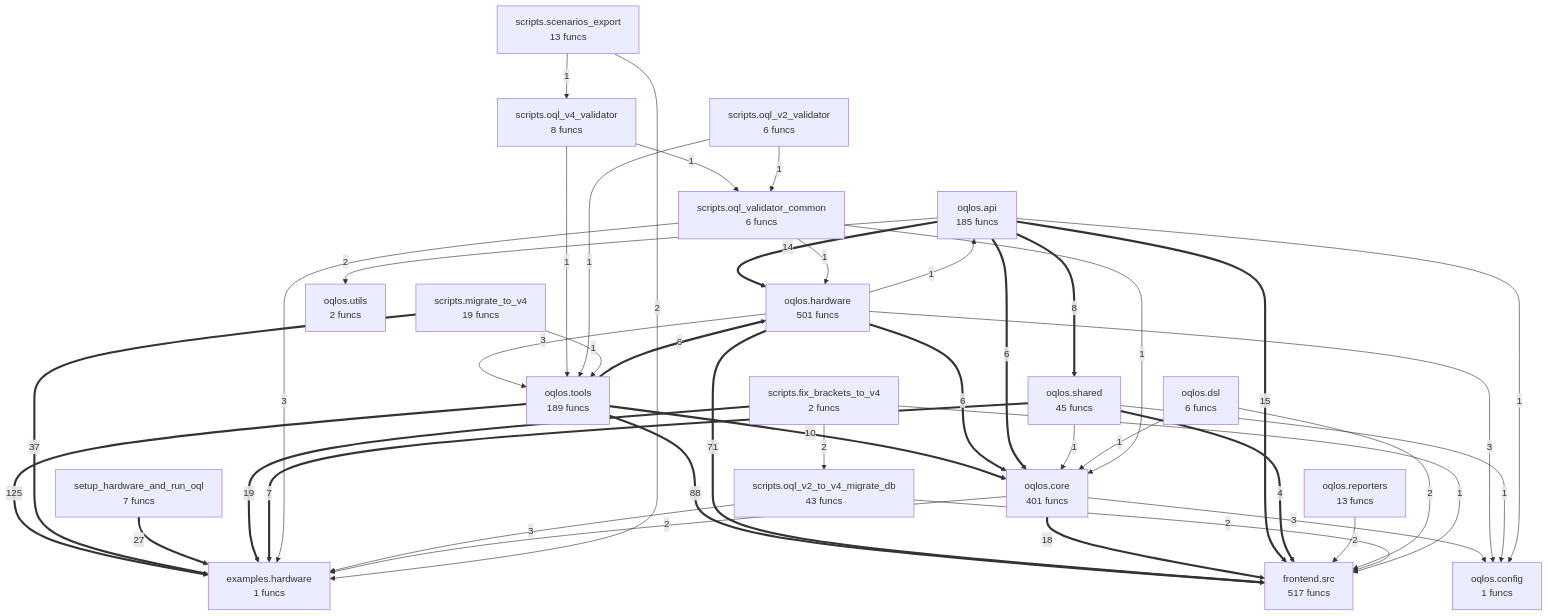
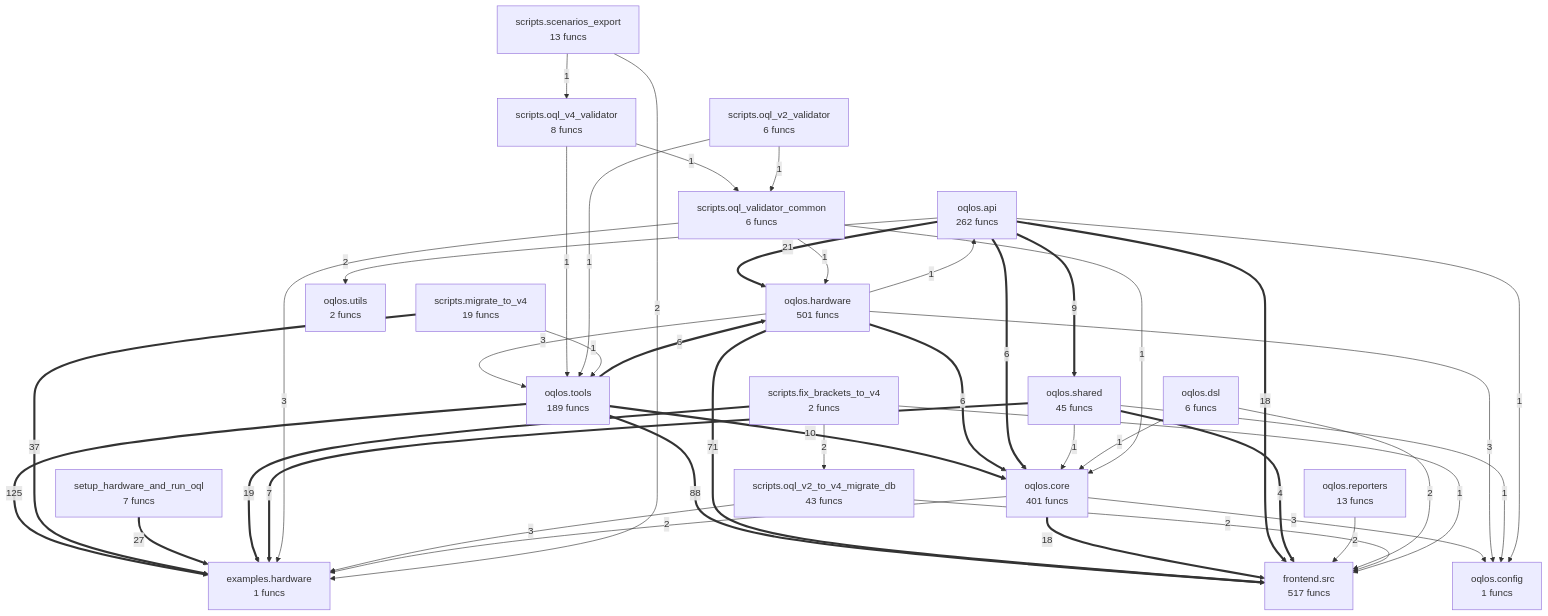
One commit to oqlos/oqlos changed the diagram in project/compact_flow.mmd. Above: the diagram before and after it, drawn with Mermaid. The commit also changed 28 other files, not shown here.

```diff
--- a/project/compact_flow.mmd
+++ b/project/compact_flow.mmd
@@ -1,63 +1,63 @@
 flowchart TD
-%% generated in 0.06s
+%% generated in 0.04s
     examples__hardware["examples.hardware<br/>1 funcs"]
     frontend__src["frontend.src<br/>517 funcs"]
-    oqlos__api["oqlos.api<br/>185 funcs"]
+    oqlos__api["oqlos.api<br/>262 funcs"]
     oqlos__config["oqlos.config<br/>1 funcs"]
     oqlos__core["oqlos.core<br/>401 funcs"]
     oqlos__dsl["oqlos.dsl<br/>6 funcs"]
     oqlos__hardware["oqlos.hardware<br/>501 funcs"]
     oqlos__reporters["oqlos.reporters<br/>13 funcs"]
     oqlos__shared["oqlos.shared<br/>45 funcs"]
     oqlos__tools["oqlos.tools<br/>189 funcs"]
     oqlos__utils["oqlos.utils<br/>2 funcs"]
     scripts__fix_brackets_to_v4["scripts.fix_brackets_to_v4<br/>2 funcs"]
     scripts__migrate_to_v4["scripts.migrate_to_v4<br/>19 funcs"]
     scripts__oql_v2_to_v4_migrate_db["scripts.oql_v2_to_v4_migrate_db<br/>43 funcs"]
     scripts__oql_v2_validator["scripts.oql_v2_validator<br/>6 funcs"]
     scripts__oql_v4_validator["scripts.oql_v4_validator<br/>8 funcs"]
     scripts__oql_validator_common["scripts.oql_validator_common<br/>6 funcs"]
     scripts__scenarios_export["scripts.scenarios_export<br/>13 funcs"]
     setup_hardware_and_run_oql["setup_hardware_and_run_oql<br/>7 funcs"]
     oqlos__tools ==>|125| examples__hardware
     oqlos__tools ==>|88| frontend__src
     oqlos__hardware ==>|71| frontend__src
     scripts__migrate_to_v4 ==>|37| examples__hardware
     setup_hardware_and_run_oql ==>|27| examples__hardware
+    oqlos__api ==>|21| oqlos__hardware
     scripts__fix_brackets_to_v4 ==>|19| examples__hardware
     oqlos__core ==>|18| frontend__src
-    oqlos__api ==>|15| frontend__src
-    oqlos__api ==>|14| oqlos__hardware
+    oqlos__api ==>|18| frontend__src
     oqlos__tools ==>|10| oqlos__core
-    oqlos__api ==>|8| oqlos__shared
+    oqlos__api ==>|9| oqlos__shared
     oqlos__shared ==>|7| examples__hardware
     oqlos__tools ==>|6| oqlos__hardware
     oqlos__hardware ==>|6| oqlos__core
     oqlos__api ==>|6| oqlos__core
     oqlos__shared ==>|4| frontend__src
     oqlos__core -->|3| oqlos__config
     oqlos__hardware -->|3| oqlos__config
     oqlos__hardware -->|3| oqlos__tools
     scripts__oql_validator_common -->|3| examples__hardware
     scripts__oql_v2_to_v4_migrate_db -->|3| examples__hardware
     oqlos__core -->|2| examples__hardware
     oqlos__reporters -->|2| frontend__src
     oqlos__api -->|2| oqlos__utils
     oqlos__dsl -->|2| frontend__src
     scripts__fix_brackets_to_v4 -->|2| scripts__oql_v2_to_v4_migrate_db
     scripts__oql_v2_to_v4_migrate_db -->|2| frontend__src
     scripts__scenarios_export -->|2| examples__hardware
     oqlos__hardware -->|1| oqlos__api
     oqlos__shared -->|1| oqlos__core
     oqlos__shared -->|1| oqlos__config
     oqlos__api -->|1| oqlos__config
     oqlos__dsl -->|1| oqlos__core
     scripts__oql_validator_common -->|1| oqlos__core
     scripts__oql_validator_common -->|1| oqlos__hardware
     scripts__oql_v4_validator -->|1| oqlos__tools
     scripts__oql_v4_validator -->|1| scripts__oql_validator_common
     scripts__fix_brackets_to_v4 -->|1| frontend__src
     scripts__oql_v2_validator -->|1| oqlos__tools
     scripts__oql_v2_validator -->|1| scripts__oql_validator_common
     scripts__migrate_to_v4 -->|1| oqlos__tools
     scripts__scenarios_export -->|1| scripts__oql_v4_validator
```
